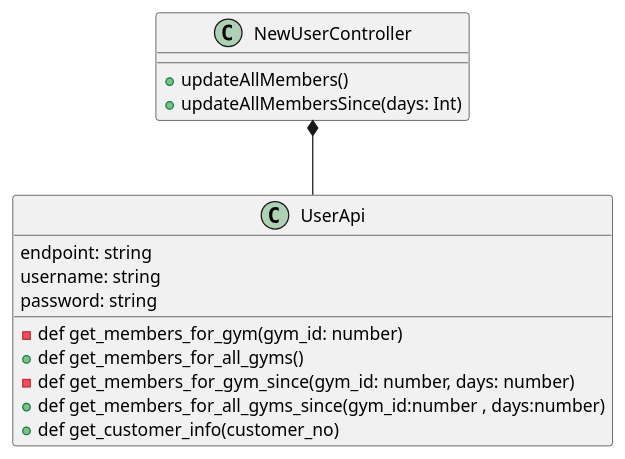
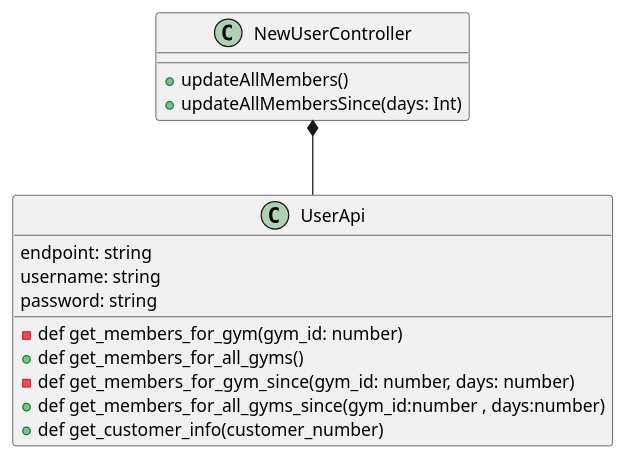
The diagram in diagrams/user-api-fetching.puml (NTNUI/events-bachelor-v18), drawn with PlantUML before and after one commit. The commit also changed 16 other files, not shown here.

```diff
--- a/diagrams/user-api-fetching.puml
+++ b/diagrams/user-api-fetching.puml
@@ -1,23 +1,23 @@
 @startuml
 
 class UserApi {
   endpoint: string
   username: string
   password: string
 
   - def get_members_for_gym(gym_id: number)
   + def get_members_for_all_gyms()
   - def get_members_for_gym_since(gym_id: number, days: number)
   + def get_members_for_all_gyms_since(gym_id:number , days:number)
-  + def get_customer_info(customer_no)
+  + def get_customer_info(customer_number)
 
 }
 
 class NewUserController {
   + updateAllMembers()
   + updateAllMembersSince(days: Int)
 }
 
 NewUserController *-- UserApi
 
 @enduml
```
